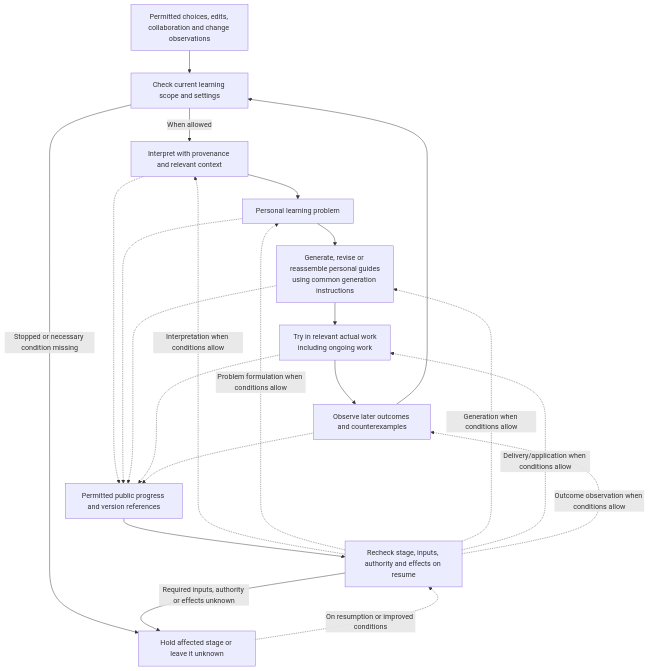
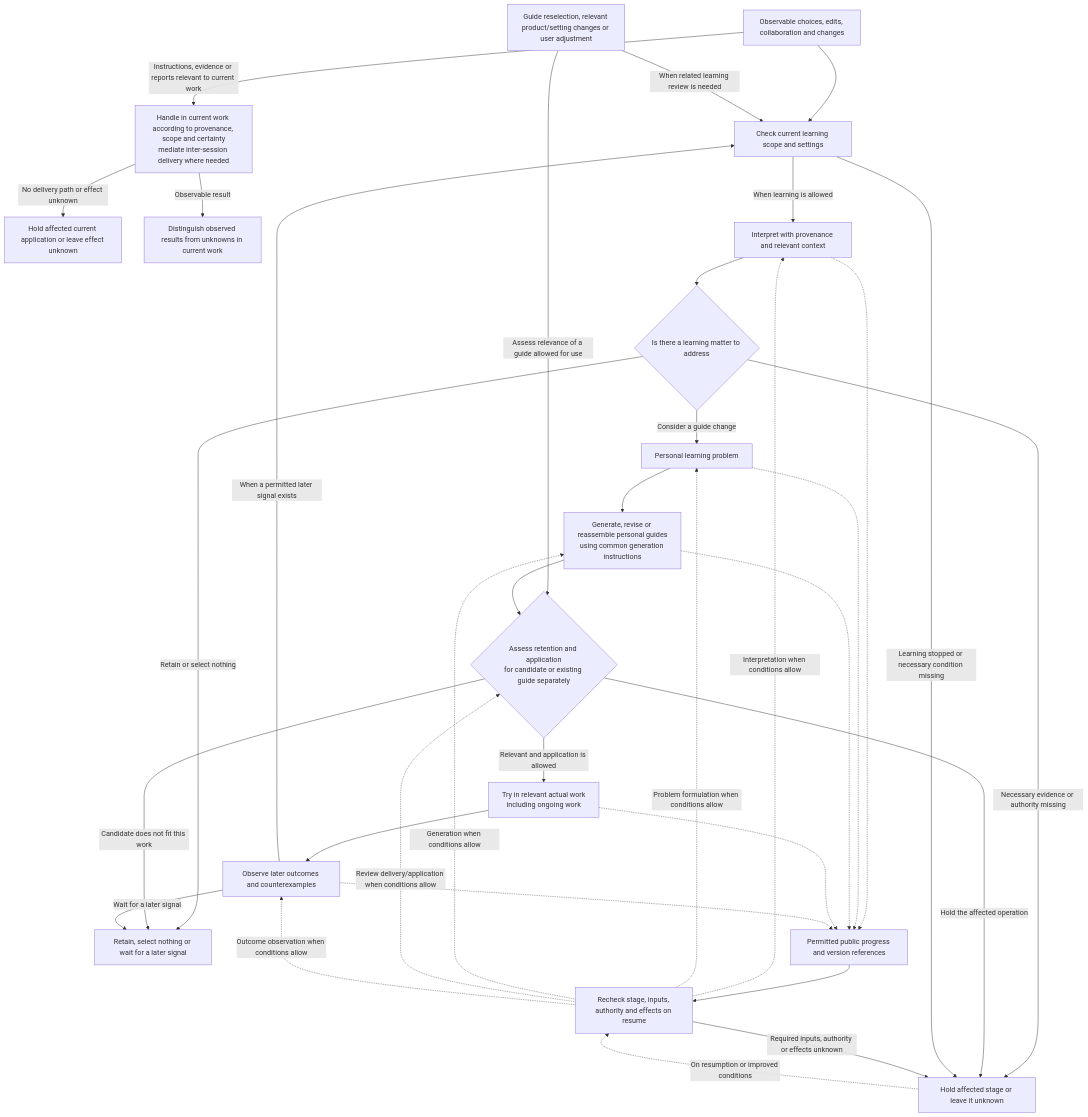
The second of 2 diagrams in docs/v2.0/SYSTEM_2.0.md (ParkerHwang/OpenSocrates), drawn with Mermaid before and after one commit. The commit also changed other lines of this file and 6 other files, not shown here.

Commit message:
Separate current work from adaptive learning

````diff
--- a/docs/v2.0/SYSTEM_2.0.md
+++ b/docs/v2.0/SYSTEM_2.0.md
@@ -218,32 +218,53 @@
 ```mermaid
 flowchart TD
-    signal["Permitted choices, edits, collaboration and change observations"]
+    signal["Observable choices, edits, collaboration and changes"]
+    current["Handle in current work according to provenance, scope and certainty<br/>mediate inter-session delivery where needed"]
+    current_pending["Hold affected current application or leave effect unknown"]
+    current_result["Distinguish observed results from unknowns in current work"]
     eligibility["Check current learning scope and settings"]
+    revisit["Guide reselection, relevant product/setting changes or user adjustment"]
     assess["Interpret with provenance and relevant context"]
+    decide{"Is there a learning matter to address"}
     issue["Personal learning problem"]
     propose["Generate, revise or reassemble personal guides<br/>using common generation instructions"]
+    review{"Assess retention and application<br/>for candidate or existing guide separately"}
     apply["Try in relevant actual work<br/>including ongoing work"]
     observe["Observe later outcomes and counterexamples"]
+    nochange["Retain, select nothing or wait for a later signal"]
     checkpoint["Permitted public progress and version references"]
     resume["Recheck stage, inputs, authority and effects on resume"]
     waiting["Hold affected stage or leave it unknown"]
 
+    signal -->|"Instructions, evidence or reports relevant to current work"| current
+    current -->|"Observable result"| current_result
+    current -->|"No delivery path or effect unknown"| current_pending
     signal --> eligibility
-    eligibility -->|"When allowed"| assess
-    assess --> issue --> propose --> apply --> observe
-    observe --> eligibility
-    eligibility -->|"Stopped or necessary condition missing"| waiting
+    revisit -->|"Assess relevance of a guide allowed for use"| review
+    revisit -->|"When related learning review is needed"| eligibility
+    eligibility -->|"When learning is allowed"| assess
+    assess --> decide
+    decide -->|"Consider a guide change"| issue
+    decide -->|"Retain or select nothing"| nochange
+    decide -->|"Necessary evidence or authority missing"| waiting
+    issue --> propose --> review
+    review -->|"Relevant and application is allowed"| apply
+    review -->|"Candidate does not fit this work"| nochange
+    review -->|"Hold the affected operation"| waiting
+    apply --> observe
+    observe -->|"When a permitted later signal exists"| eligibility
+    observe -->|"Wait for a later signal"| nochange
+    eligibility -->|"Learning stopped or necessary condition missing"| waiting
     assess -.-> checkpoint
     issue -.-> checkpoint
     propose -.-> checkpoint
     apply -.-> checkpoint
     observe -.-> checkpoint
     checkpoint --> resume
     resume -.->|"Interpretation when conditions allow"| assess
     resume -.->|"Problem formulation when conditions allow"| issue
     resume -.->|"Generation when conditions allow"| propose
-    resume -.->|"Delivery/application when conditions allow"| apply
+    resume -.->|"Review delivery/application when conditions allow"| review
     resume -.->|"Outcome observation when conditions allow"| observe
     resume -->|"Required inputs, authority or effects unknown"| waiting
     waiting -.->|"On resumption or improved conditions"| resume
 ```
````
